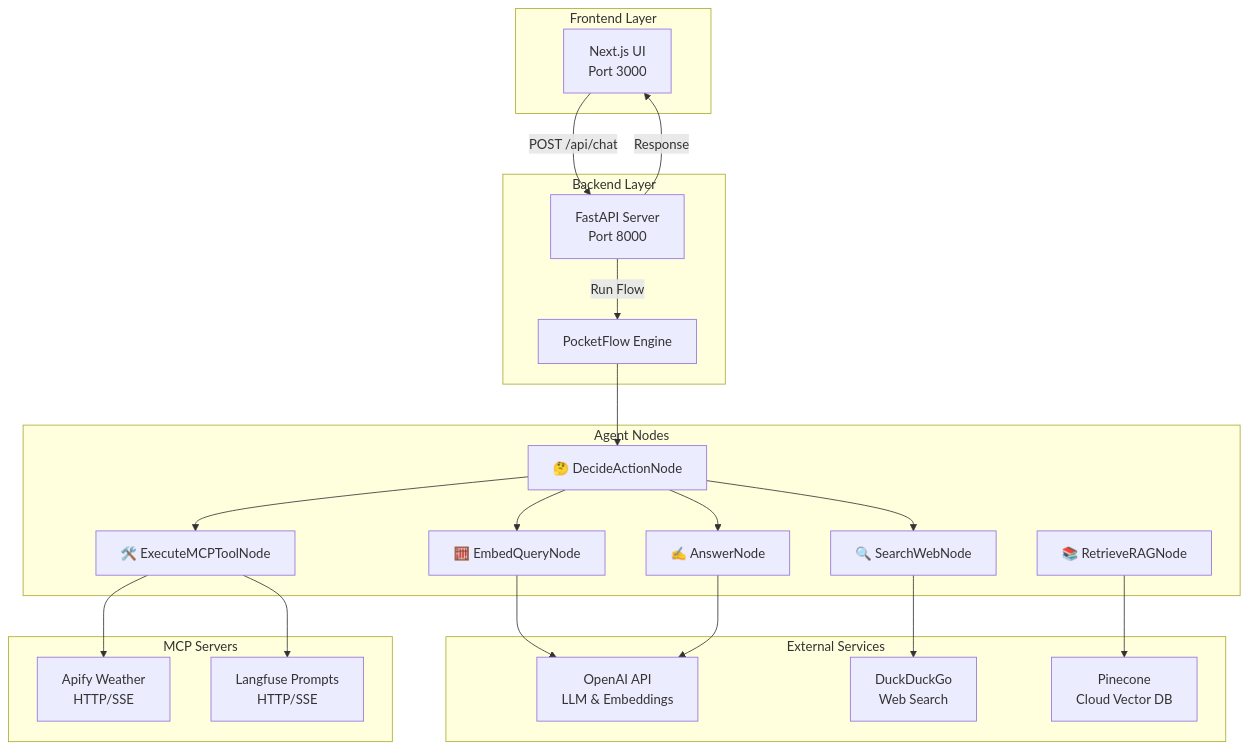
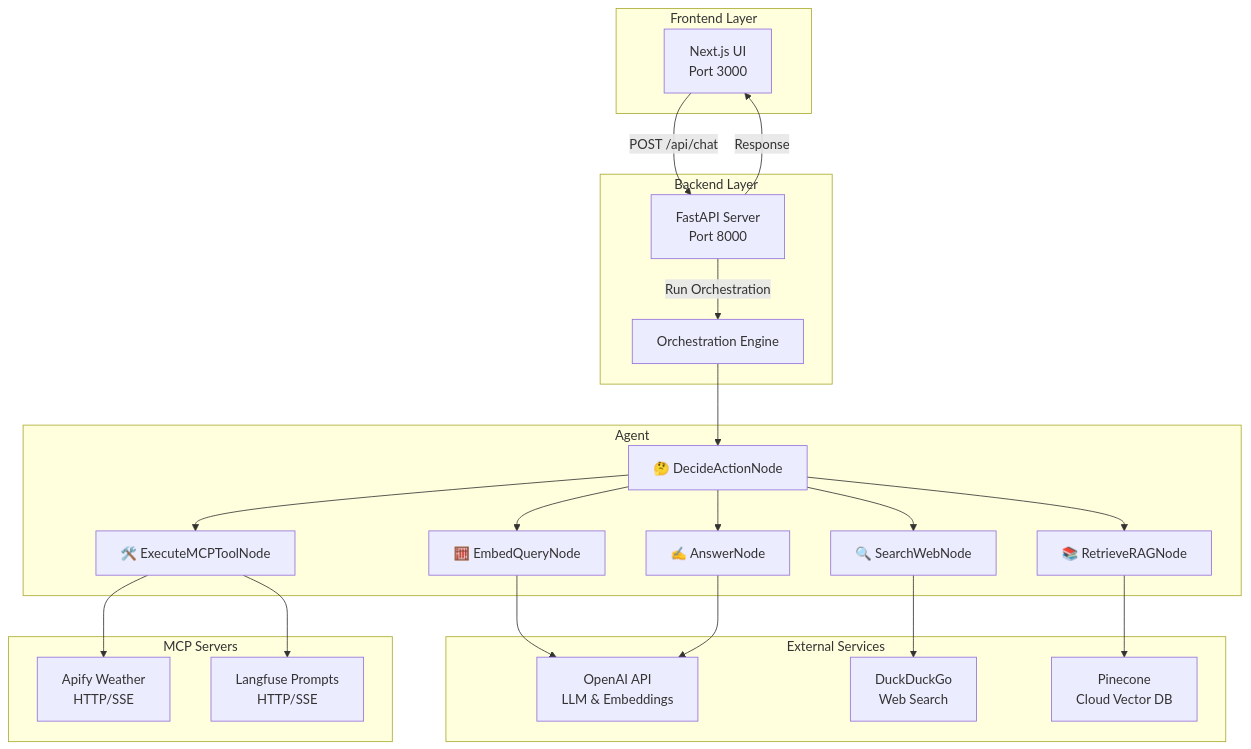
One commit to Clemboutier/MainAgent changed the first of 6 diagrams in ARCHITECTURE.md. Above: the diagram before and after it, drawn with Mermaid.

Commit message:
Updated Arch.md doc

````diff
--- a/ARCHITECTURE.md
+++ b/ARCHITECTURE.md
@@ -11,49 +11,50 @@
 ```mermaid
 graph TB
     subgraph "Frontend Layer"
         UI[Next.js UI<br/>Port 3000]
     end
     
     subgraph "Backend Layer"
         API[FastAPI Server<br/>Port 8000]
-        Flow[PocketFlow Engine]
+        Orchestration[Orchestration Engine]
     end
     
-    subgraph "Agent Nodes"
+    subgraph "Agent"
         Decide[🤔 DecideActionNode]
         Search[🔍 SearchWebNode]
         Embed[🧮 EmbedQueryNode]
         Retrieve[📚 RetrieveRAGNode]
         ExecuteTool[🛠️ ExecuteMCPToolNode]
         Answer[✍️ AnswerNode]
     end
     
     subgraph "External Services"
         OpenAI[OpenAI API<br/>LLM & Embeddings]
         DuckDuckGo[DuckDuckGo<br/>Web Search]
         Pinecone[Pinecone<br/>Cloud Vector DB]
     end
     
     subgraph "MCP Servers"
         Weather[Apify Weather<br/>HTTP/SSE]
         Langfuse[Langfuse Prompts<br/>HTTP/SSE]
     end
     
     UI -->|POST /api/chat| API
-    API -->|Run Flow| Flow
-    Flow --> Decide
+    API -->|Run Orchestration| Orchestration
+    Orchestration --> Decide
     
     Decide --> Search
     Decide --> Embed
     Decide --> ExecuteTool
     Decide --> Answer
+    Decide --> Retrieve
     
     Search --> DuckDuckGo
     Embed --> OpenAI
     Retrieve --> Pinecone
     ExecuteTool --> Weather
     ExecuteTool --> Langfuse
     Answer --> OpenAI
     
     API -->|Response| UI
 ```
````
